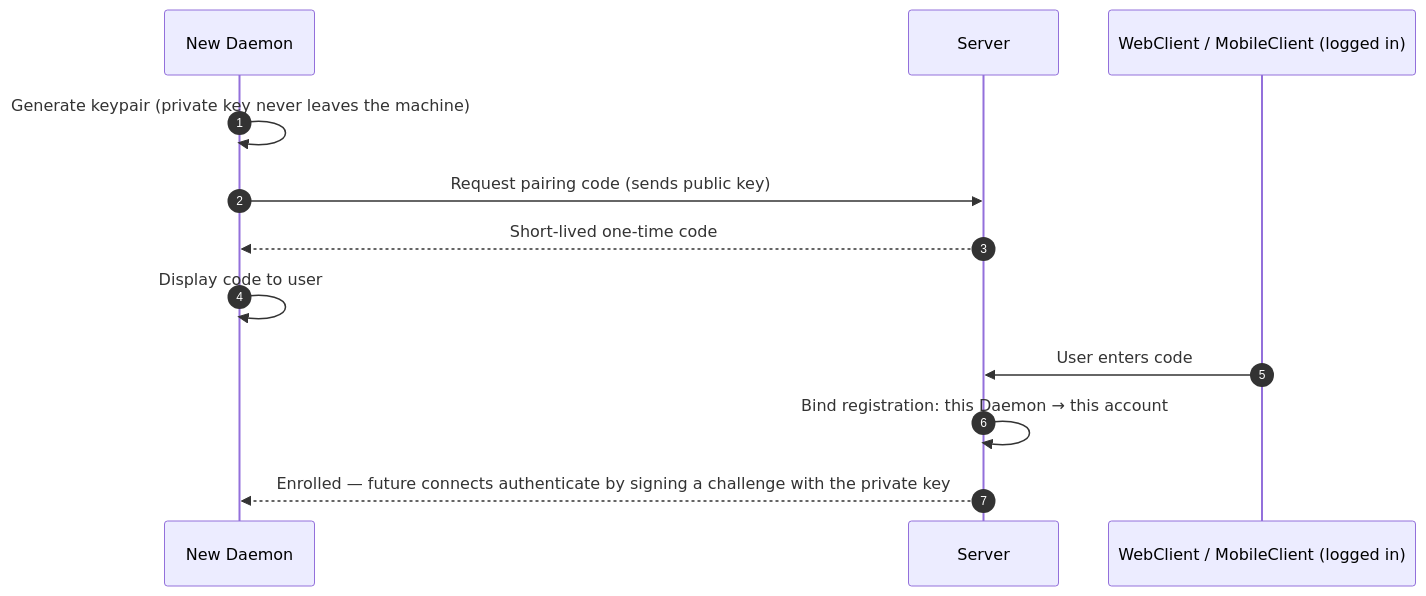
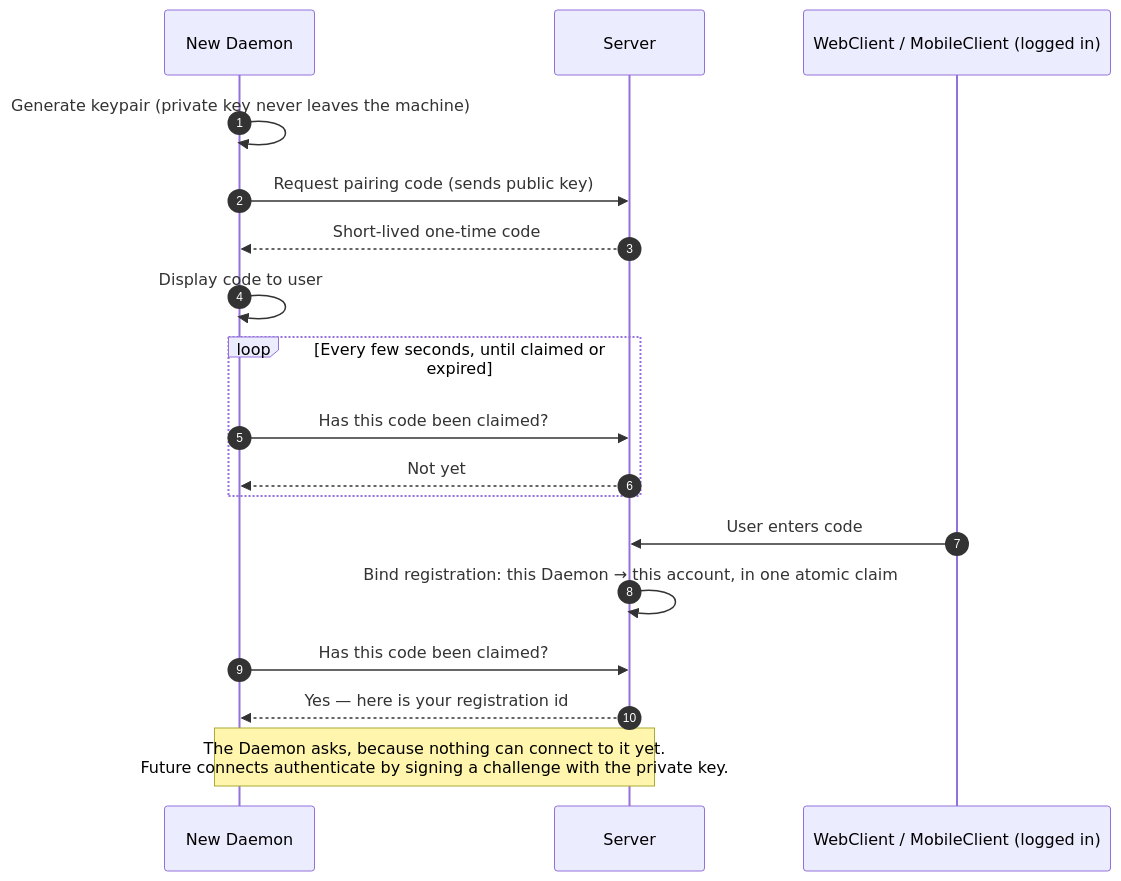
The third of 5 diagrams in ARCHITECTURE.md (Anarkin/angstrom-commander), drawn with Mermaid before and after one commit. The commit also changed other lines of this file and 2 other files, not shown here.

Commit message:
docs: correct the enrollment diagram and stale setup notes
The enrollment diagram had the Server pushing "Enrolled" to a Daemon that has
no connection yet — the one thing the whole model says cannot happen. It now
shows the Daemon polling for its own registration, which is what the code does
and what the diagram exists to illustrate. All five diagrams were rendered to
check they still parse.

README claimed the WebClient was still to join the compose setup, which it did
several commits ago, and listed three of the four WebClient CI gates.

Server.http: adds the overwrite conflict now that the WebClient depends on it,
and drops two comments that assumed "/" was still a shared root. Every status
code it documents was replayed against a live stack — all fourteen match.

````diff
--- a/ARCHITECTURE.md
+++ b/ARCHITECTURE.md
@@ -277,14 +278,20 @@
 ```mermaid
 sequenceDiagram
   autonumber
   participant A as New Daemon
   participant S as Server
   participant C as WebClient / MobileClient (logged in)
   A->>A: Generate keypair (private key never leaves the machine)
   A->>S: Request pairing code (sends public key)
   S-->>A: Short-lived one-time code
   A->>A: Display code to user
+  loop Every few seconds, until claimed or expired
+    A->>S: Has this code been claimed?
+    S-->>A: Not yet
+  end
   C->>S: User enters code
-  S->>S: Bind registration: this Daemon → this account
-  S-->>A: Enrolled — future connects authenticate by signing a challenge with the private key
+  S->>S: Bind registration: this Daemon → this account, in one atomic claim
+  A->>S: Has this code been claimed?
+  S-->>A: Yes — here is your registration id
+  Note over A,S: The Daemon asks, because nothing can connect to it yet.<br/>Future connects authenticate by signing a challenge with the private key.
 ```
````
